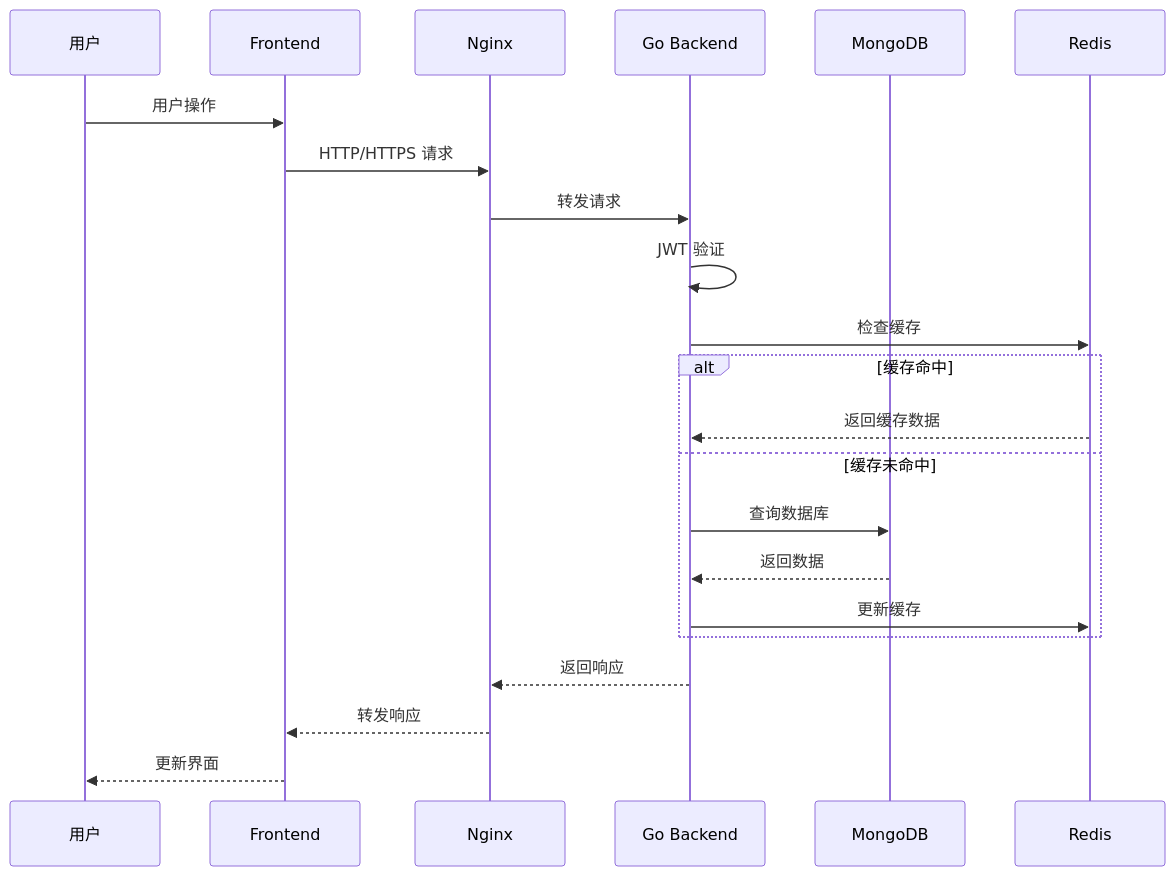
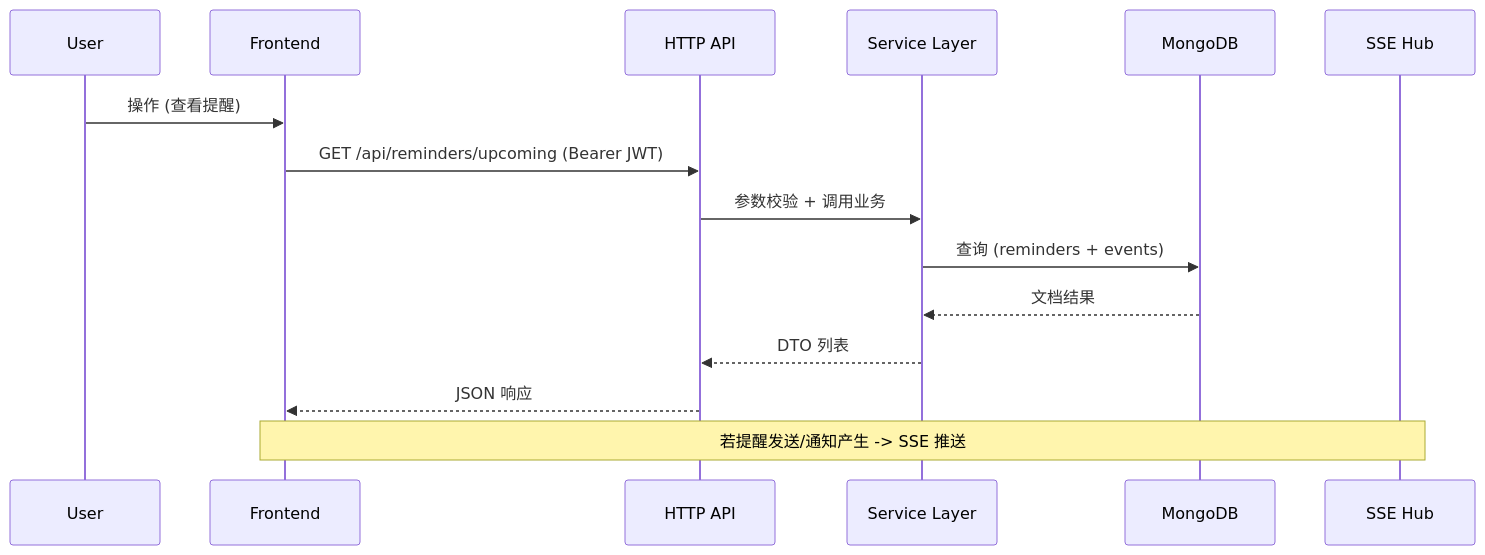
Before and after one commit to axfinn/todoIngPlus: the second of 3 diagrams in docs/architecture.md, drawn with Mermaid. The commit also changed other lines of this file, not shown here.

````diff
--- a/docs/architecture.md
+++ b/docs/architecture.md
@@ -50,25 +60,18 @@
 ```mermaid
 sequenceDiagram
-    participant U as 用户
-    participant F as Frontend
-    participant N as Nginx
-    participant G as Go Backend
-    participant M as MongoDB
-    participant R as Redis
-    
-    U->>F: 用户操作
-    F->>N: HTTP/HTTPS 请求
-    N->>G: 转发请求
-    G->>G: JWT 验证
-    G->>R: 检查缓存
-    alt 缓存命中
-        R-->>G: 返回缓存数据
-    else 缓存未命中
-        G->>M: 查询数据库
-        M-->>G: 返回数据
-        G->>R: 更新缓存
-    end
-    G-->>N: 返回响应
-    N-->>F: 转发响应
-    F-->>U: 更新界面
+  participant U as User
+  participant FE as Frontend
+  participant API as HTTP API
+  participant S as Service Layer
+  participant DB as MongoDB
+  participant HUB as SSE Hub
+
+  U->>FE: 操作 (查看提醒)
+  FE->>API: GET /api/reminders/upcoming (Bearer JWT)
+  API->>S: 参数校验 + 调用业务
+  S->>DB: 查询 (reminders + events)
+  DB-->>S: 文档结果
+  S-->>API: DTO 列表
+  API-->>FE: JSON 响应
+  Note over FE,HUB: 若提醒发送/通知产生 -> SSE 推送
 ```
````
